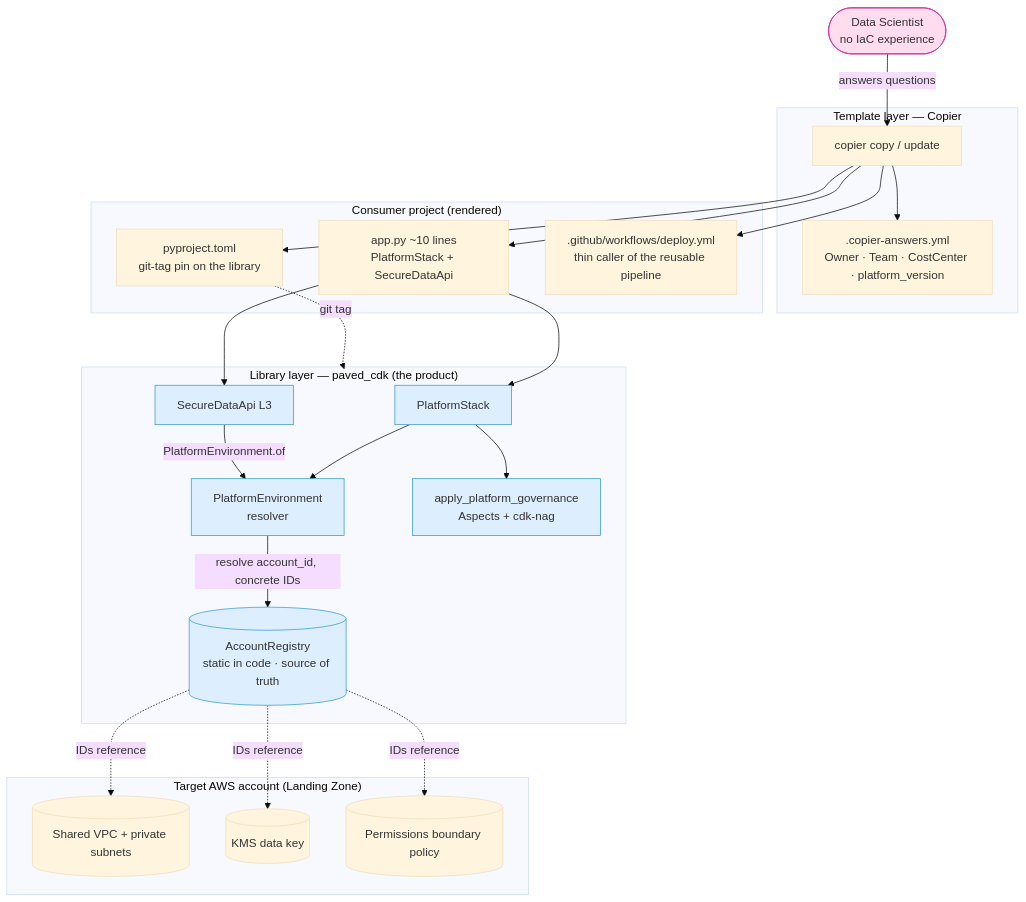
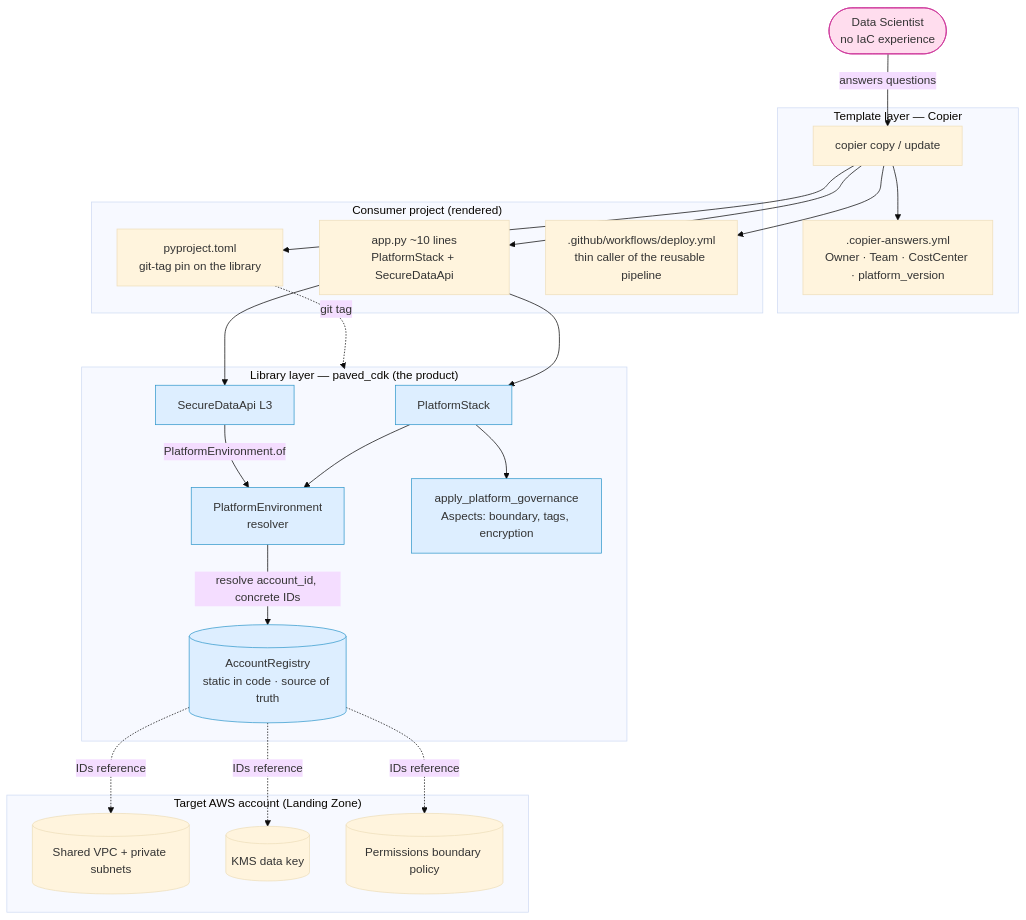
One commit to michaelfecher/paved-cdk changed the third of 10 diagrams in docs/architecture.md. Above: the diagram before and after it, drawn with Mermaid (base theme). The commit also changed other lines of this file and 23 other files, not shown here.

Commit message:
chore: remove cdk-nag (code, deps, pipeline, docs); keep boundary/tags/encryption guardrails (ADR 0005 amended)

````diff
--- a/docs/architecture.md
+++ b/docs/architecture.md
@@ -139,46 +139,46 @@
 ```mermaid
 flowchart TB
   DS([Data Scientist<br/>no IaC experience])
 
   subgraph tpl["Template layer — Copier"]
     COPIER[copier copy / update]
     ANS[".copier-answers.yml<br/>Owner · Team · CostCenter · platform_version"]
   end
 
   subgraph proj["Consumer project (rendered)"]
     APP["app.py ~10 lines<br/>PlatformStack + SecureDataApi"]
     PYPROJ["pyproject.toml<br/>git-tag pin on the library"]
     CALLER[".github/workflows/deploy.yml<br/>thin caller of the reusable pipeline"]
   end
 
   subgraph lib["Library layer — paved_cdk (the product)"]
     PS[PlatformStack]
     ENV[PlatformEnvironment<br/>resolver]
     REG[(AccountRegistry<br/>static in code · source of truth)]
-    GOV[apply_platform_governance<br/>Aspects + cdk-nag]
+    GOV[apply_platform_governance<br/>Aspects: boundary, tags, encryption]
     L3[SecureDataApi L3]
   end
 
   subgraph acct["Target AWS account (Landing Zone)"]
     VPC[(Shared VPC + private subnets)]
     KMS[(KMS data key)]
     PB[(Permissions boundary policy)]
   end
 
   DS -->|answers questions| COPIER
   COPIER --> ANS
   COPIER --> APP & PYPROJ & CALLER
   APP --> PS
   PYPROJ -.git tag.-> lib
   PS --> ENV
   PS --> GOV
   APP --> L3
   L3 -->|PlatformEnvironment.of| ENV
   ENV -->|resolve account_id, concrete IDs| REG
   REG -.IDs reference.-> VPC & KMS & PB
 
   classDef ds fill:#fde,stroke:#c39
   classDef plat fill:#def,stroke:#39c
   class DS ds
   class PS,ENV,GOV,L3,REG plat
 ```
````
